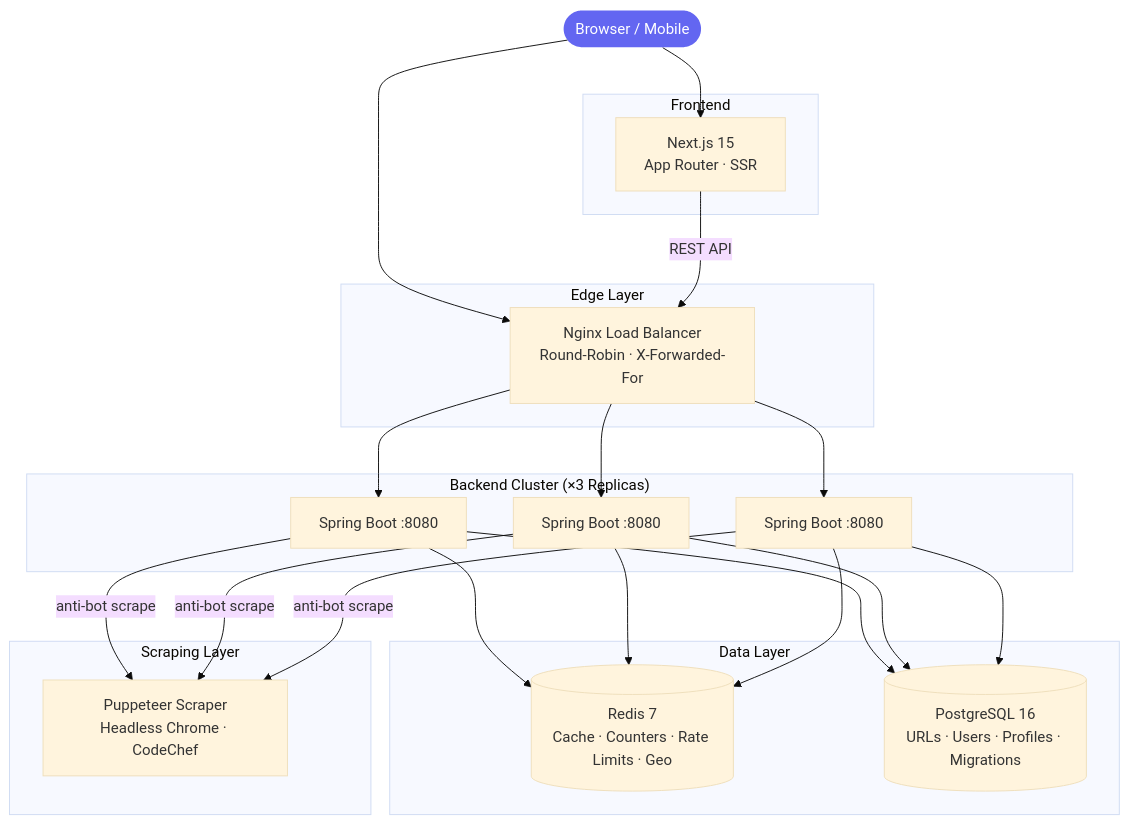
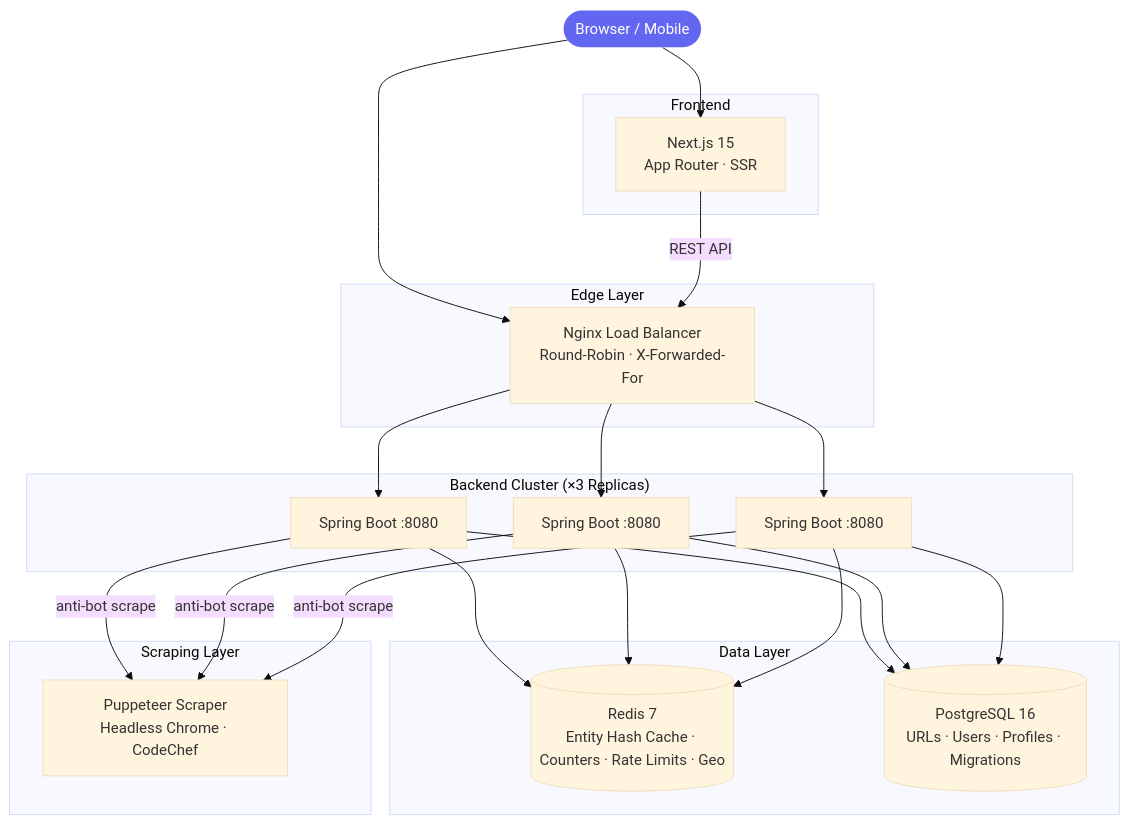
One commit to madhavthesiya/shunyalink changed the first of 2 diagrams in README.md. Above: the diagram before and after it, drawn with Mermaid (base theme). The commit also changed other lines of this file and 3 other files, not shown here.

````diff
--- a/README.md
+++ b/README.md
@@ -14,37 +14,37 @@
 ```mermaid
 graph TB
     Client([Browser / Mobile]):::client
 
     subgraph Edge["Edge Layer"]
         Nginx["Nginx Load Balancer<br/>Round-Robin · X-Forwarded-For"]
     end
 
     subgraph Cluster["Backend Cluster (×3 Replicas)"]
         SB1["Spring Boot :8080"]
         SB2["Spring Boot :8080"]
         SB3["Spring Boot :8080"]
     end
 
     subgraph Data["Data Layer"]
-        Redis[("Redis 7<br/>Cache · Counters · Rate Limits · Geo")]
+        Redis[("Redis 7<br/>Entity Hash Cache · Counters · Rate Limits · Geo")]
         PG[("PostgreSQL 16<br/>URLs · Users · Profiles · Migrations")]
     end
 
     subgraph Scraping["Scraping Layer"]
         Scraper["Puppeteer Scraper<br/>Headless Chrome · CodeChef"]
     end
 
     subgraph Frontend["Frontend"]
         Next["Next.js 15<br/>App Router · SSR"]
     end
 
     Client --> Nginx
     Client --> Next
     Nginx --> SB1 & SB2 & SB3
     SB1 & SB2 & SB3 --> Redis
     SB1 & SB2 & SB3 --> PG
     SB1 & SB2 & SB3 -->|"anti-bot scrape"| Scraper
     Next -->|REST API| Nginx
 
     classDef client fill:#6366f1,color:#fff,stroke:none
 ```
````
